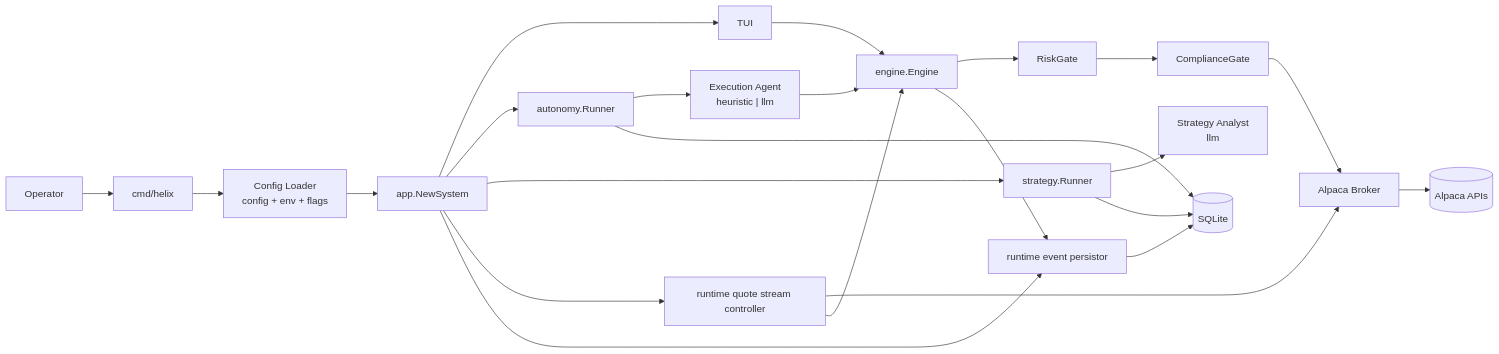
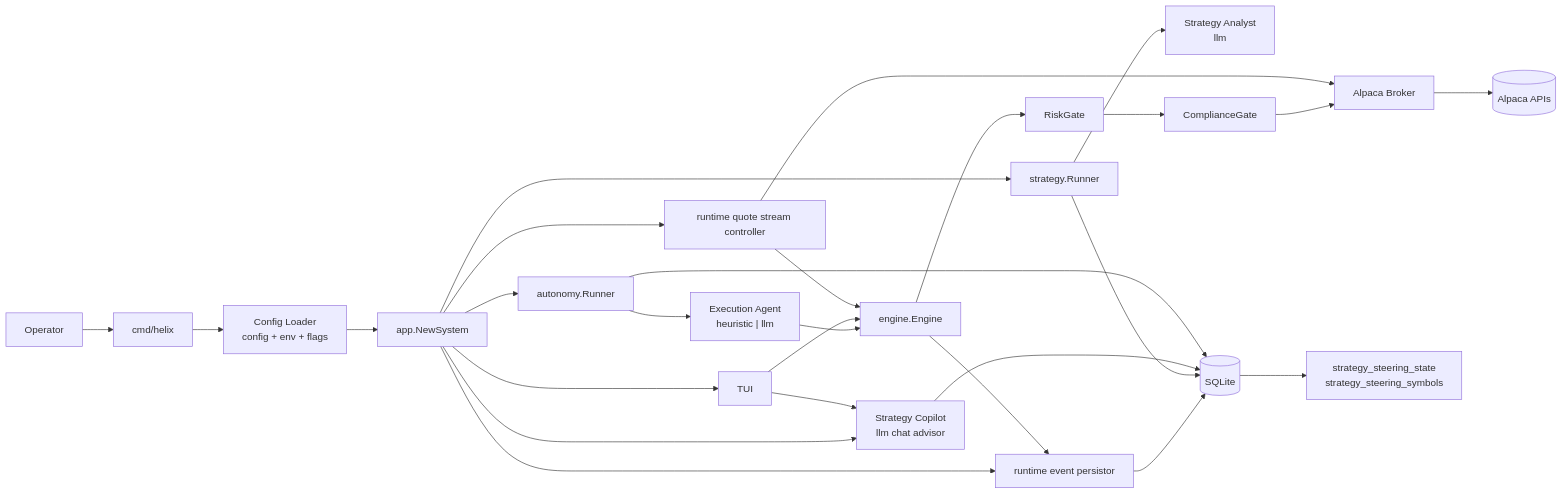
One commit to nerdstep/helix-tui changed the first of 7 diagrams in docs/architecture.md. Above: the diagram before and after it, drawn with Mermaid. The commit also changed other lines of this file and 26 other files, not shown here.

````diff
--- a/docs/architecture.md
+++ b/docs/architecture.md
@@ -16,36 +18,42 @@
 ```mermaid
 flowchart LR
     OP[Operator]
     CLI[cmd/helix]
     CFG["Config Loader<br/>config + env + flags"]
     APP[app.NewSystem]
     TUI[TUI]
     RUN[autonomy.Runner]
     STRAT[strategy.Runner]
+    COPILOT["Strategy Copilot<br/>llm chat advisor"]
     AGENT["Execution Agent<br/>heuristic | llm"]
     ANALYST["Strategy Analyst<br/>llm"]
     ENG[engine.Engine]
     RISK[RiskGate]
     COMP[ComplianceGate]
     BROKER[Alpaca Broker]
     ALP[(Alpaca APIs)]
     DB[(SQLite)]
+    STEER["strategy_steering_state<br/>strategy_steering_symbols"]
     EVT[runtime event persistor]
     QSC[runtime quote stream controller]
 
     OP --> CLI --> CFG --> APP
     APP --> TUI
     APP --> RUN
     APP --> STRAT
+    APP --> COPILOT
     APP --> QSC
     APP --> EVT
     RUN --> AGENT --> ENG
     STRAT --> ANALYST
+    TUI --> COPILOT
     TUI --> ENG
     ENG --> RISK --> COMP --> BROKER --> ALP
     QSC --> BROKER
     QSC --> ENG
     ENG --> EVT --> DB
     STRAT --> DB
+    COPILOT --> DB
     RUN --> DB
+    DB --> STEER
 ```
````
